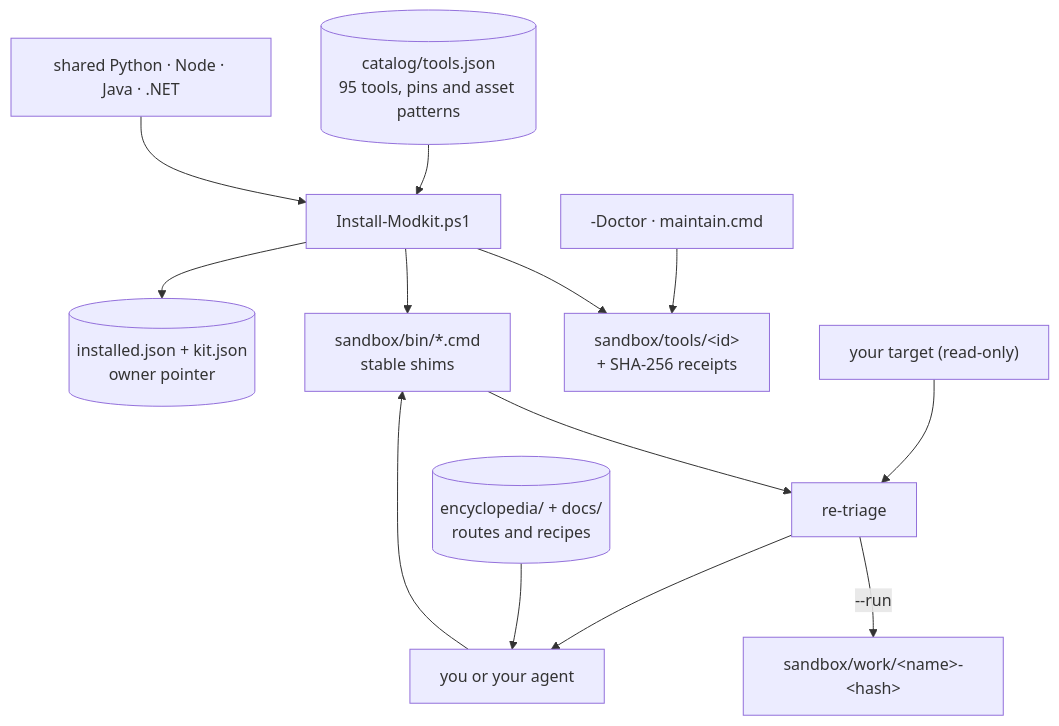
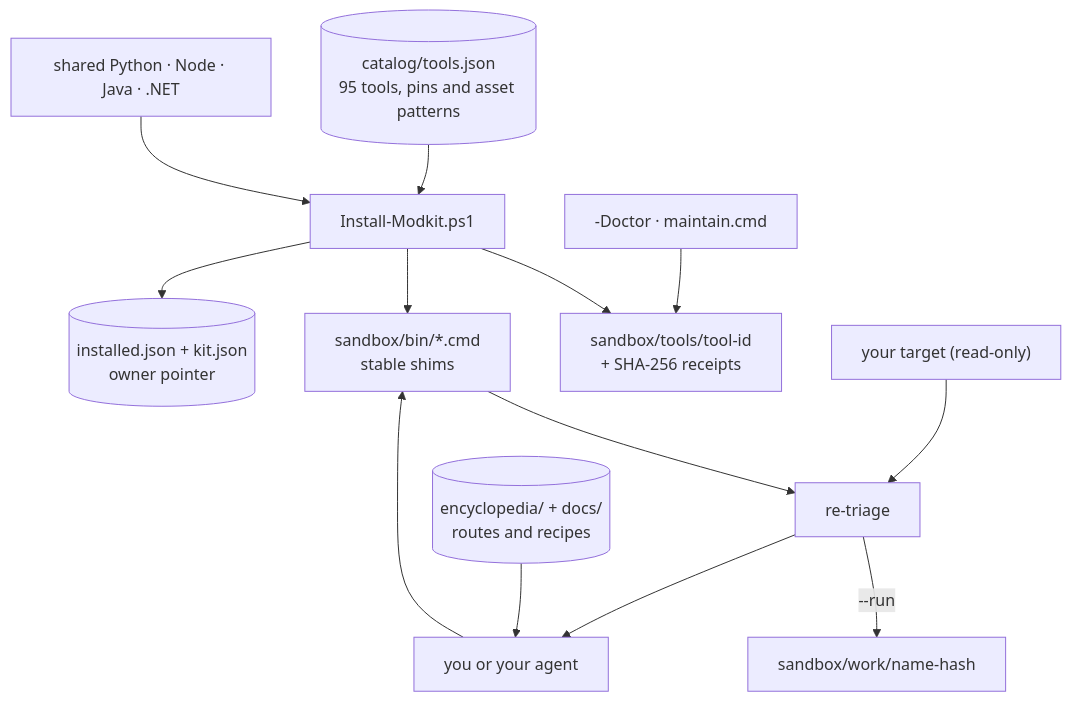
The diagram in README.md (SenjuWoo/reverse-this), drawn with Mermaid before and after one commit. The commit also changed other lines of this file, not shown here.

````diff
--- a/README.md
+++ b/README.md
@@ -143,15 +149,15 @@
 ```mermaid
 flowchart TD
   CAT[("catalog/tools.json<br/>95 tools, pins and asset patterns")] --> INST["Install-Modkit.ps1"]
   RT["shared Python · Node · Java · .NET"] --> INST
-  INST --> TOOLS["sandbox/tools/&lt;id&gt;<br/>+ SHA-256 receipts"]
+  INST --> TOOLS["sandbox/tools/tool-id<br/>+ SHA-256 receipts"]
   INST --> BIN["sandbox/bin/*.cmd<br/>stable shims"]
   INST --> PTR[("installed.json + kit.json<br/>owner pointer")]
   TARGET["your target (read-only)"] --> TRI["re-triage"]
   BIN --> TRI
-  TRI -->|"--run"| WORK["sandbox/work/&lt;name&gt;-&lt;hash&gt;"]
+  TRI -->|"--run"| WORK["sandbox/work/name-hash"]
   ENC[("encyclopedia/ + docs/<br/>routes and recipes")] --> AGENT["you or your agent"]
   TRI --> AGENT
   AGENT --> BIN
   DOC["-Doctor · maintain.cmd"] --> TOOLS
 ```
````
